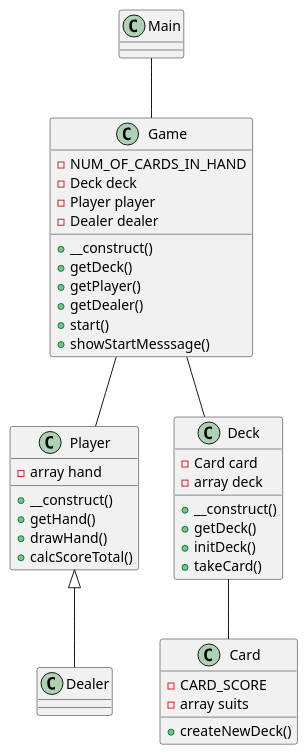
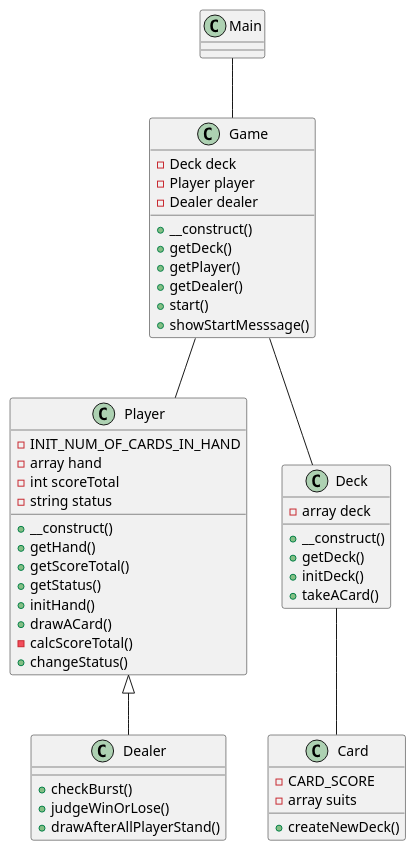
Before and after one commit to ryamate/php-oop-cli-blackjack: the diagram in src/docs/class.plantuml, drawn with PlantUML. The commit also changed 10 other files, not shown here.

```diff
--- a/src/docs/class.plantuml
+++ b/src/docs/class.plantuml
@@ -1,53 +1,61 @@
 @startuml Blackjack
 
 class Main {
 }
 
 class Game {
-  -NUM_OF_CARDS_IN_HAND
   -Deck deck
   -Player player
   -Dealer dealer
   +__construct()
   +getDeck()
   +getPlayer()
   +getDealer()
   +start()
   +showStartMesssage()
 
 }
 
 class Player {
+  -INIT_NUM_OF_CARDS_IN_HAND
   -array hand
+  -int scoreTotal
+  -string status
   +__construct()
   +getHand()
-  +drawHand()
-  +calcScoreTotal()
+  +getScoreTotal()
+  +getStatus()
+  +initHand()
+  +drawACard()
+  -calcScoreTotal()
+  +changeStatus()
 }
 
 class Dealer {
+  +checkBurst()
+  +judgeWinOrLose()
+  +drawAfterAllPlayerStand()
 }
 
 class Deck {
-  -Card card
   -array deck
   +__construct()
   +getDeck()
   +initDeck()
-  +takeCard()
+  +takeACard()
 }
 
 class Card {
   -CARD_SCORE
   -array suits
   +createNewDeck()
 }
 
 Main -- Game
 Game -- Deck
 Game -- Player
 Deck -- Card
 
 Player <|-- Dealer
 
 @enduml
```
